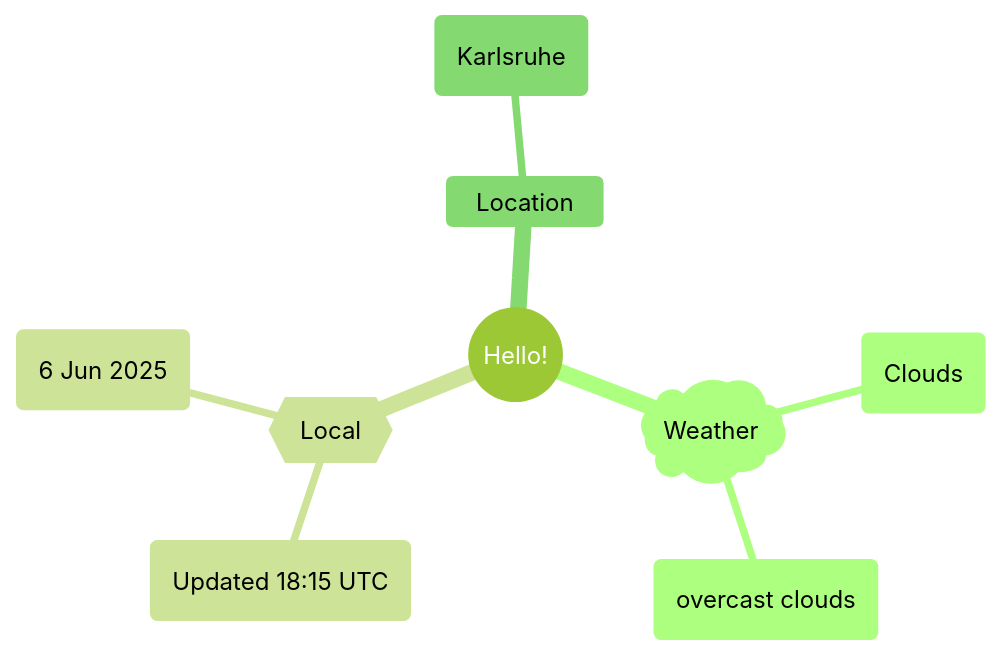
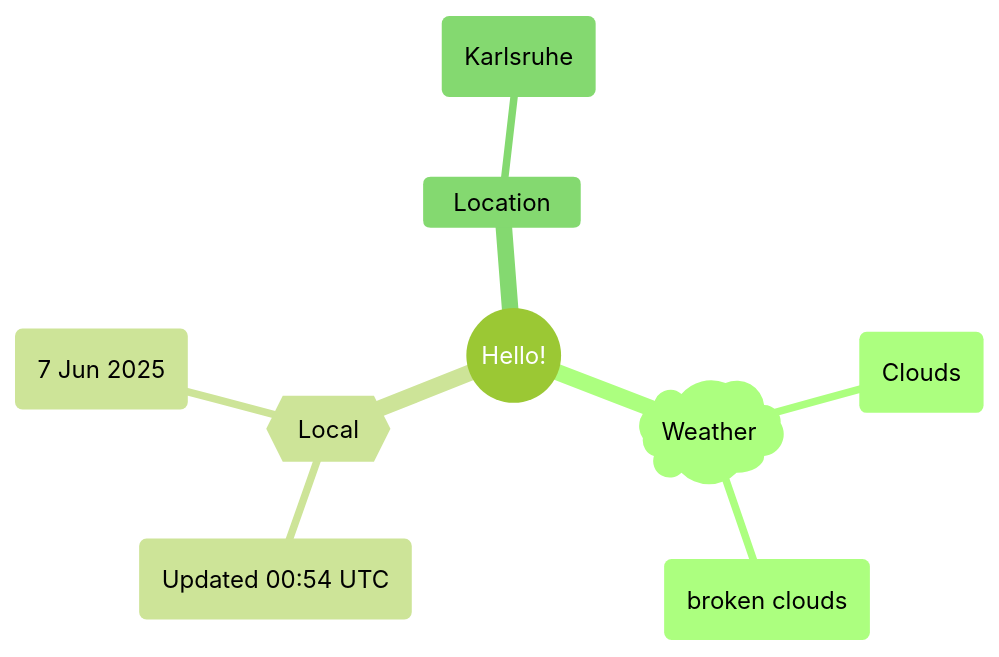
One commit to Xosrov/Xosrov changed the first of 2 diagrams in README.md. Above: the diagram before and after it, drawn with Mermaid (forest theme).

Commit message:
[bot] updated images

````diff
--- a/README.md
+++ b/README.md
@@ -3,12 +3,12 @@
 ```mermaid
 mindmap
   root((Hello!))
     )Weather(
         (Clouds)
-        (overcast clouds)
+        (broken clouds)
     {{Local}}
-        (Updated 18:15 UTC)
-        (6 Jun 2025)
+        (Updated 00:54 UTC)
+        (7 Jun 2025)
     Location
         (Karlsruhe)
 ```
````
